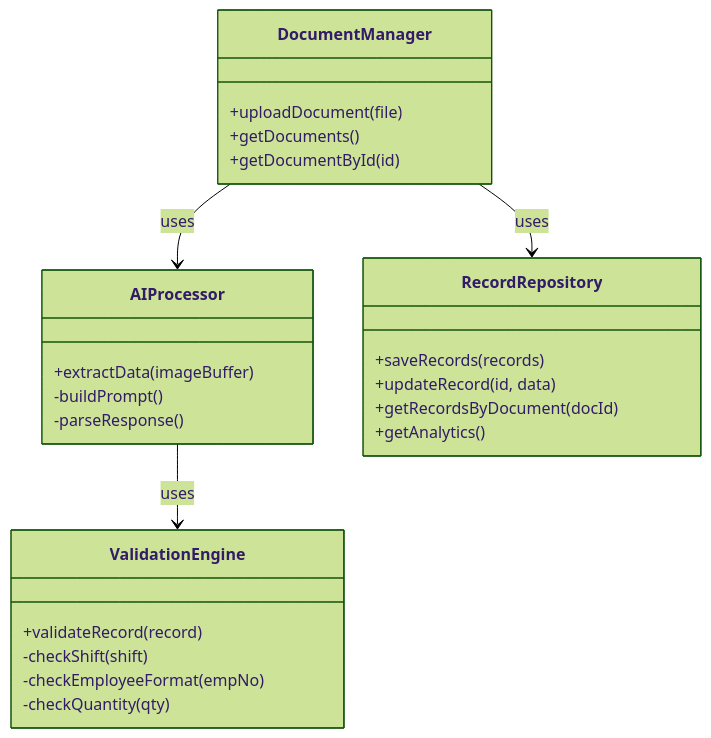
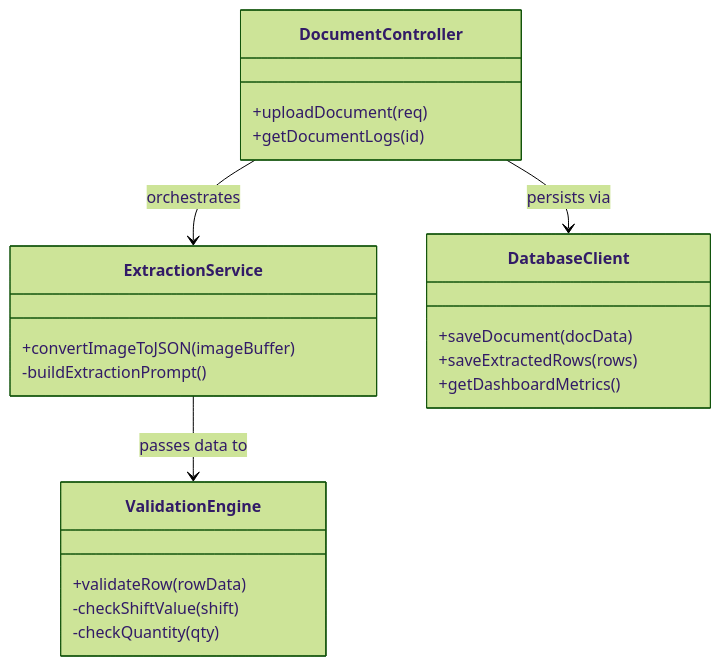
The seventh of 8 diagrams in README.md (nanthitha25/biztelai), drawn with Mermaid (forest theme) before and after one commit. The commit also changed other lines of this file, not shown here.

Commit message:
docs: Add Architecture diagram and expand Sequence diagrams

````diff
--- a/README.md
+++ b/README.md
@@ -113,28 +170,25 @@
 ```mermaid
 classDiagram
-    class DocumentManager {
-        +uploadDocument(file)
-        +getDocuments()
-        +getDocumentById(id)
+    class DocumentController {
+        +uploadDocument(req)
+        +getDocumentLogs(id)
     }
-    class AIProcessor {
-        +extractData(imageBuffer)
-        -buildPrompt()
-        -parseResponse()
+    class ExtractionService {
+        +convertImageToJSON(imageBuffer)
+        -buildExtractionPrompt()
     }
     class ValidationEngine {
-        +validateRecord(record)
-        -checkShift(shift)
-        -checkEmployeeFormat(empNo)
+        +validateRow(rowData)
+        -checkShiftValue(shift)
         -checkQuantity(qty)
     }
-    class RecordRepository {
-        +saveRecords(records)
-        +updateRecord(id, data)
-        +getRecordsByDocument(docId)
-        +getAnalytics()
+    class DatabaseClient {
+        +saveDocument(docData)
+        +saveExtractedRows(rows)
+        +getDashboardMetrics()
     }
-    DocumentManager --> AIProcessor : uses
-    DocumentManager --> RecordRepository : uses
-    AIProcessor --> ValidationEngine : uses
+
+    DocumentController --> ExtractionService : orchestrates
+    ExtractionService --> ValidationEngine : passes data to
+    DocumentController --> DatabaseClient : persists via
 ```
````
